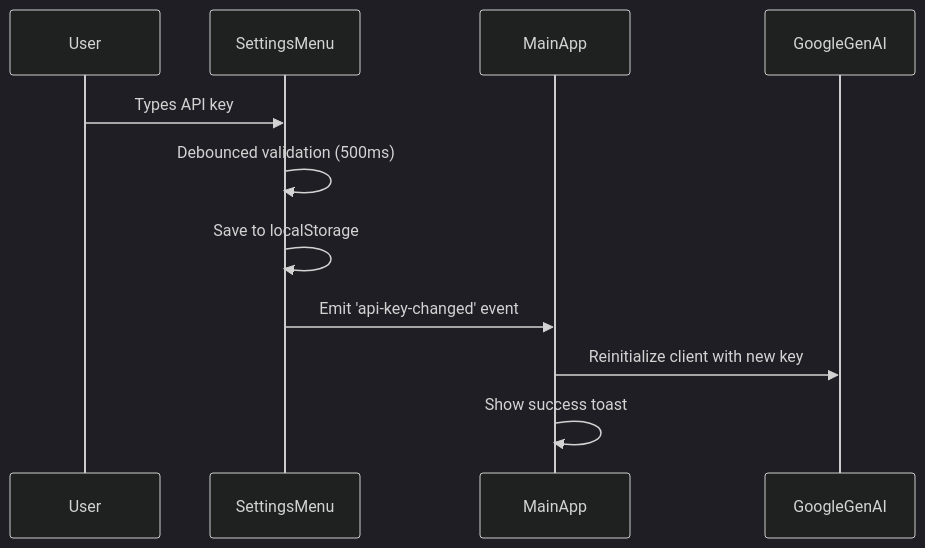
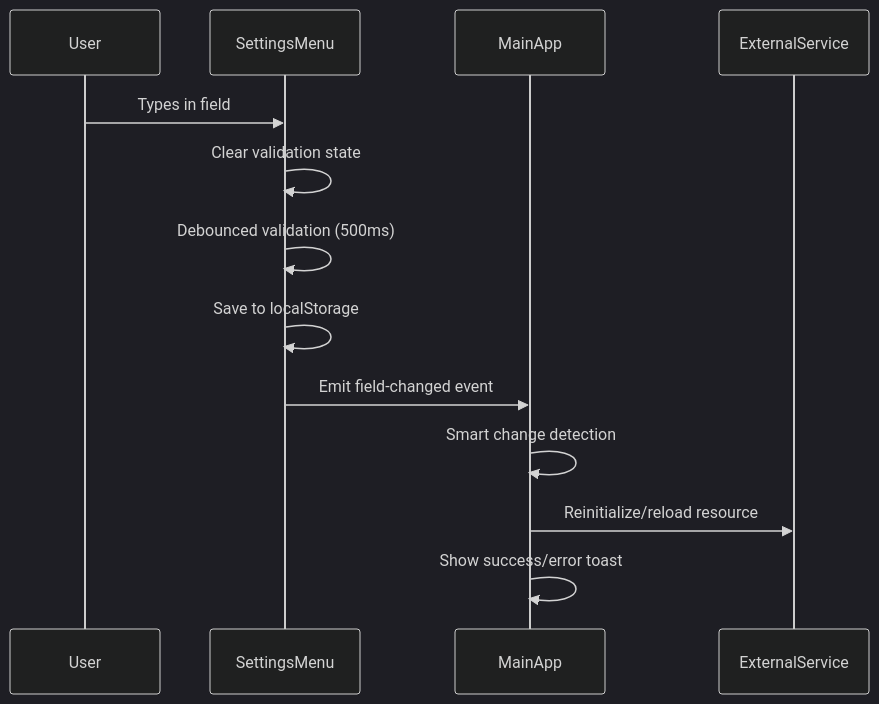
The second of 2 diagrams in .roo/specs/settings-management/design.md (gemini-chan/gemini-chan.github.io), drawn with Mermaid (dark theme) before and after one commit. The commit also changed other lines of this file, not shown here.

First line of the commit message:
Complete settings-management spec with Live2D URL patterns

````diff
--- a/.roo/specs/settings-management/design.md
+++ b/.roo/specs/settings-management/design.md
@@ -63,14 +61,16 @@
 ```mermaid
 sequenceDiagram
     participant User
     participant SettingsMenu
     participant MainApp
-    participant GoogleGenAI
+    participant ExternalService
     
-    User->>SettingsMenu: Types API key
+    User->>SettingsMenu: Types in field
+    SettingsMenu->>SettingsMenu: Clear validation state
     SettingsMenu->>SettingsMenu: Debounced validation (500ms)
     SettingsMenu->>SettingsMenu: Save to localStorage
-    SettingsMenu->>MainApp: Emit 'api-key-changed' event
-    MainApp->>GoogleGenAI: Reinitialize client with new key
-    MainApp->>MainApp: Show success toast
+    SettingsMenu->>MainApp: Emit field-changed event
+    MainApp->>MainApp: Smart change detection
+    MainApp->>ExternalService: Reinitialize/reload resource
+    MainApp->>MainApp: Show success/error toast
 ```
````
